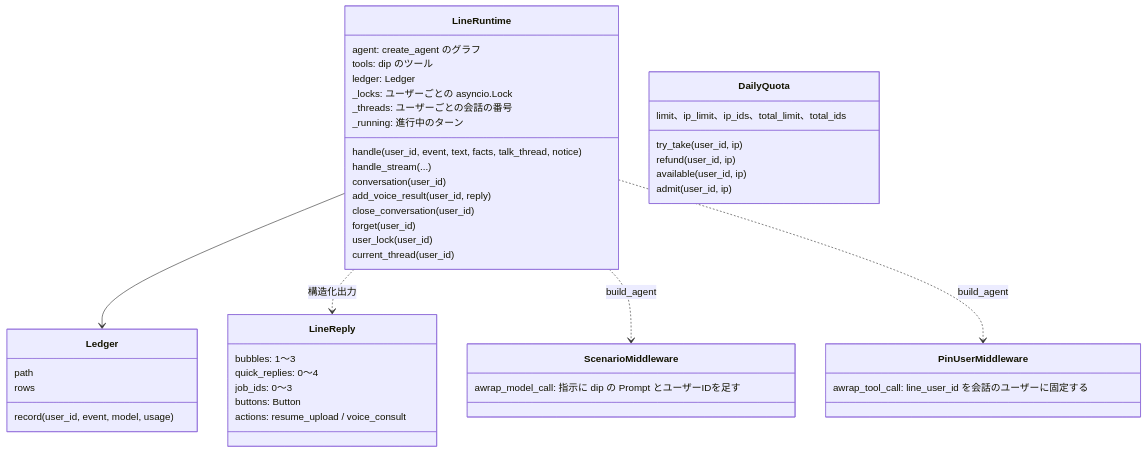
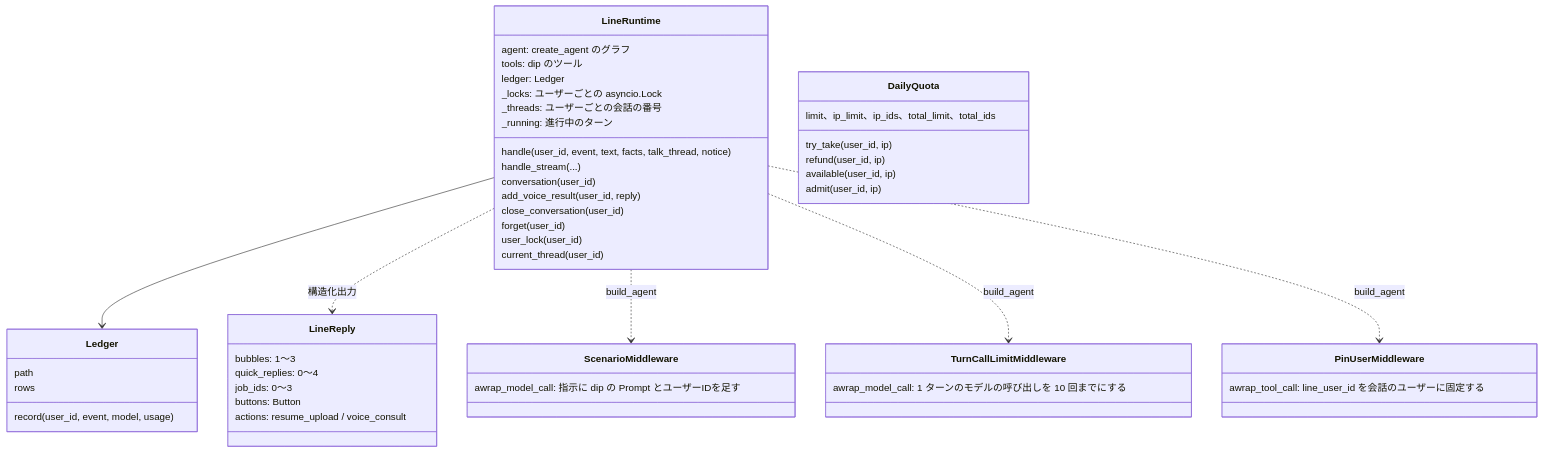
The second of 11 diagrams in docs/architecture/lld.md (jyoka/aica), drawn with Mermaid before and after one commit. The commit also changed other lines of this file and 8 other files, not shown here.

````diff
--- a/docs/architecture/lld.md
+++ b/docs/architecture/lld.md
@@ -100,48 +100,52 @@
 ```mermaid
 classDiagram
     class LineRuntime {
         agent: create_agent のグラフ
         tools: dip のツール
         ledger: Ledger
         _locks: ユーザーごとの asyncio.Lock
         _threads: ユーザーごとの会話の番号
         _running: 進行中のターン
         handle(user_id, event, text, facts, talk_thread, notice)
         handle_stream(...)
         conversation(user_id)
         add_voice_result(user_id, reply)
         close_conversation(user_id)
         forget(user_id)
         user_lock(user_id)
         current_thread(user_id)
     }
     class LineReply {
         bubbles: 1〜3
         quick_replies: 0〜4
         job_ids: 0〜3
         buttons: Button
         actions: resume_upload / voice_consult
     }
     class Ledger {
         path
         rows
         record(user_id, event, model, usage)
     }
     class DailyQuota {
         limit、ip_limit、ip_ids、total_limit、total_ids
         try_take(user_id, ip)
         refund(user_id, ip)
         available(user_id, ip)
         admit(user_id, ip)
     }
     class ScenarioMiddleware {
         awrap_model_call: 指示に dip の Prompt とユーザーIDを足す
     }
+    class TurnCallLimitMiddleware {
+        awrap_model_call: 1 ターンのモデルの呼び出しを 10 回までにする
+    }
     class PinUserMiddleware {
         awrap_tool_call: line_user_id を会話のユーザーに固定する
     }
     LineRuntime --> Ledger
     LineRuntime ..> LineReply : 構造化出力
     LineRuntime ..> ScenarioMiddleware : build_agent
+    LineRuntime ..> TurnCallLimitMiddleware : build_agent
     LineRuntime ..> PinUserMiddleware : build_agent
 ```
````
